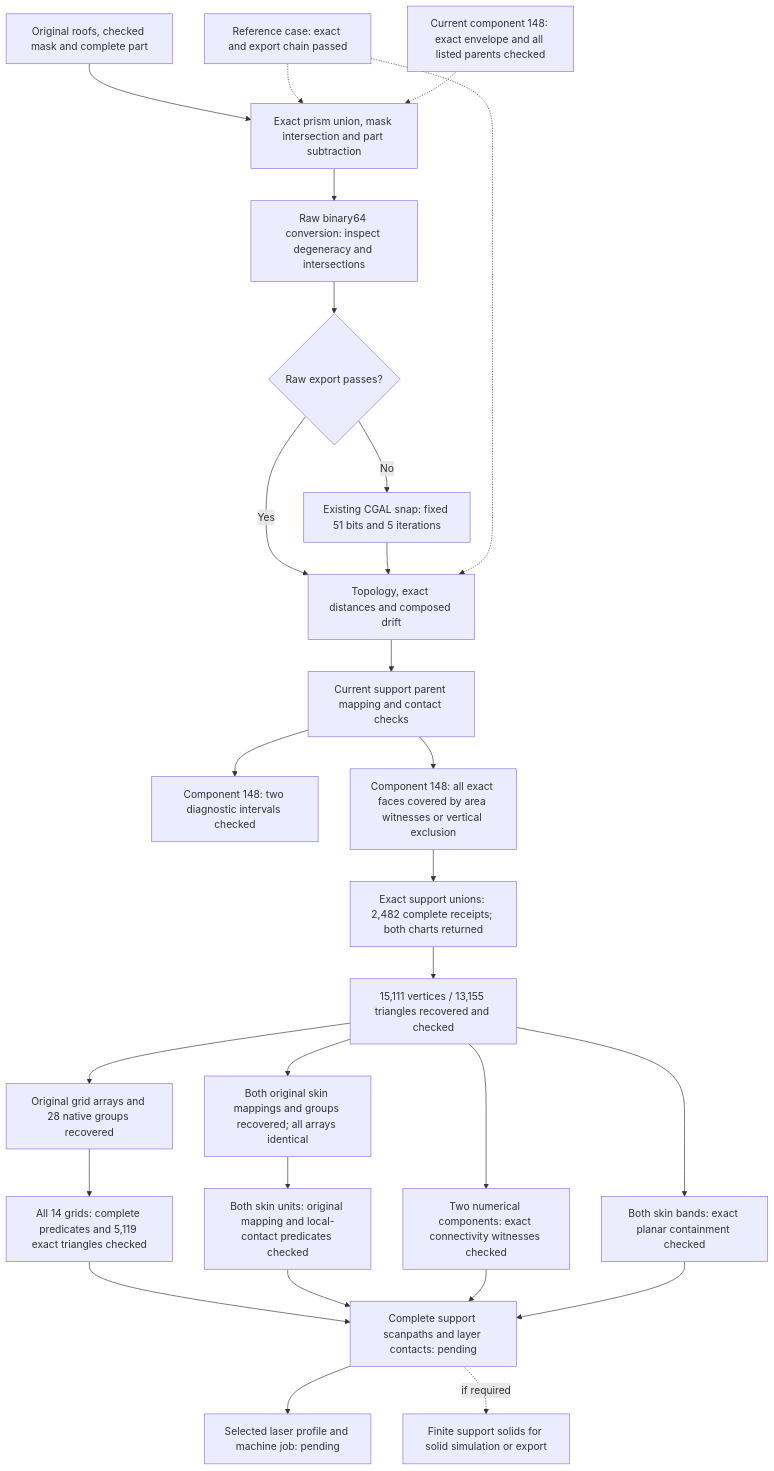
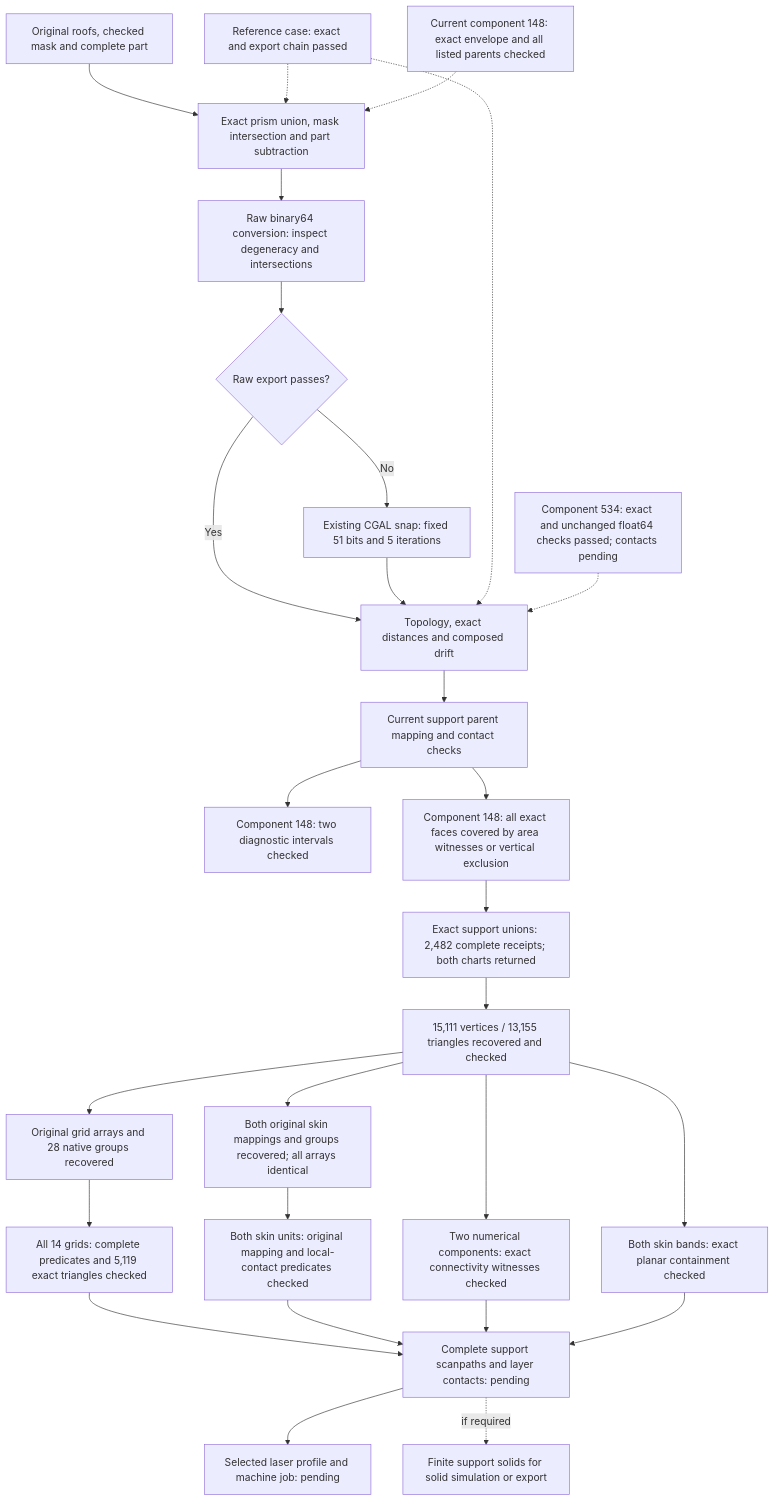
The diagram in docs/reports/carrier-current-support-projection-20261107.md (cluster2600/porscheparts), drawn with Mermaid before and after one commit. The commit also changed other lines of this file and 5 other files, not shown here.

Commit message:
Document second exact support envelope and unchanged coordinate export

````diff
--- a/docs/reports/carrier-current-support-projection-20261107.md
+++ b/docs/reports/carrier-current-support-projection-20261107.md
@@ -663,29 +705,30 @@
 ```mermaid
 flowchart TB
     INPUT["Original roofs, checked mask and complete part"] --> EXACT["Exact prism union, mask intersection and part subtraction"]
     EXACT --> RAW["Raw binary64 conversion: inspect degeneracy and intersections"]
     RAW --> EXPORT{"Raw export passes?"}
     EXPORT -->|"No"| SNAP["Existing CGAL snap: fixed 51 bits and 5 iterations"]
     EXPORT -->|"Yes"| CHECK
     SNAP --> CHECK["Topology, exact distances and composed drift"]
     CHECK --> CONTACT["Current support parent mapping and contact checks"]
     CONTACT --> SECTION["Component 148: two diagnostic intervals checked"]
     CONTACT --> FULL["Component 148: all exact faces covered by area witnesses or vertical exclusion"]
     FULL --> UNIONS["Exact support unions: 2,482 complete receipts; both charts returned"]
     UNIONS --> SHEETS["15,111 vertices / 13,155 triangles recovered and checked"]
     SHEETS --> GRAPH["Two numerical components: exact connectivity witnesses checked"]
     SHEETS --> BAND["Both skin bands: exact planar containment checked"]
     SHEETS --> GRID["Original grid arrays and 28 native groups recovered"]
     SHEETS --> SKINS["Both original skin mappings and groups recovered; all arrays identical"]
     GRID --> UNITS["All 14 grids: complete predicates and 5,119 exact triangles checked"]
     UNITS --> MATERIAL
     SKINS --> SKINUNITS["Both skin units: original mapping and local-contact predicates checked"]
     SKINUNITS --> MATERIAL
     GRAPH --> MATERIAL["Complete support scanpaths and layer contacts: pending"]
     BAND --> MATERIAL
     MATERIAL --> JOB["Selected laser profile and machine job: pending"]
     MATERIAL -. if required .-> SOLID["Finite support solids for solid simulation or export"]
     CONTROL["Reference case: exact and export chain passed"] -.-> EXACT
     CONTROL -.-> CHECK
     CURRENT["Current component 148: exact envelope and all listed parents checked"] -.-> EXACT
+    CURRENT534["Component 534: exact and unchanged float64 checks passed; contacts pending"] -.-> CHECK
 ```
````
